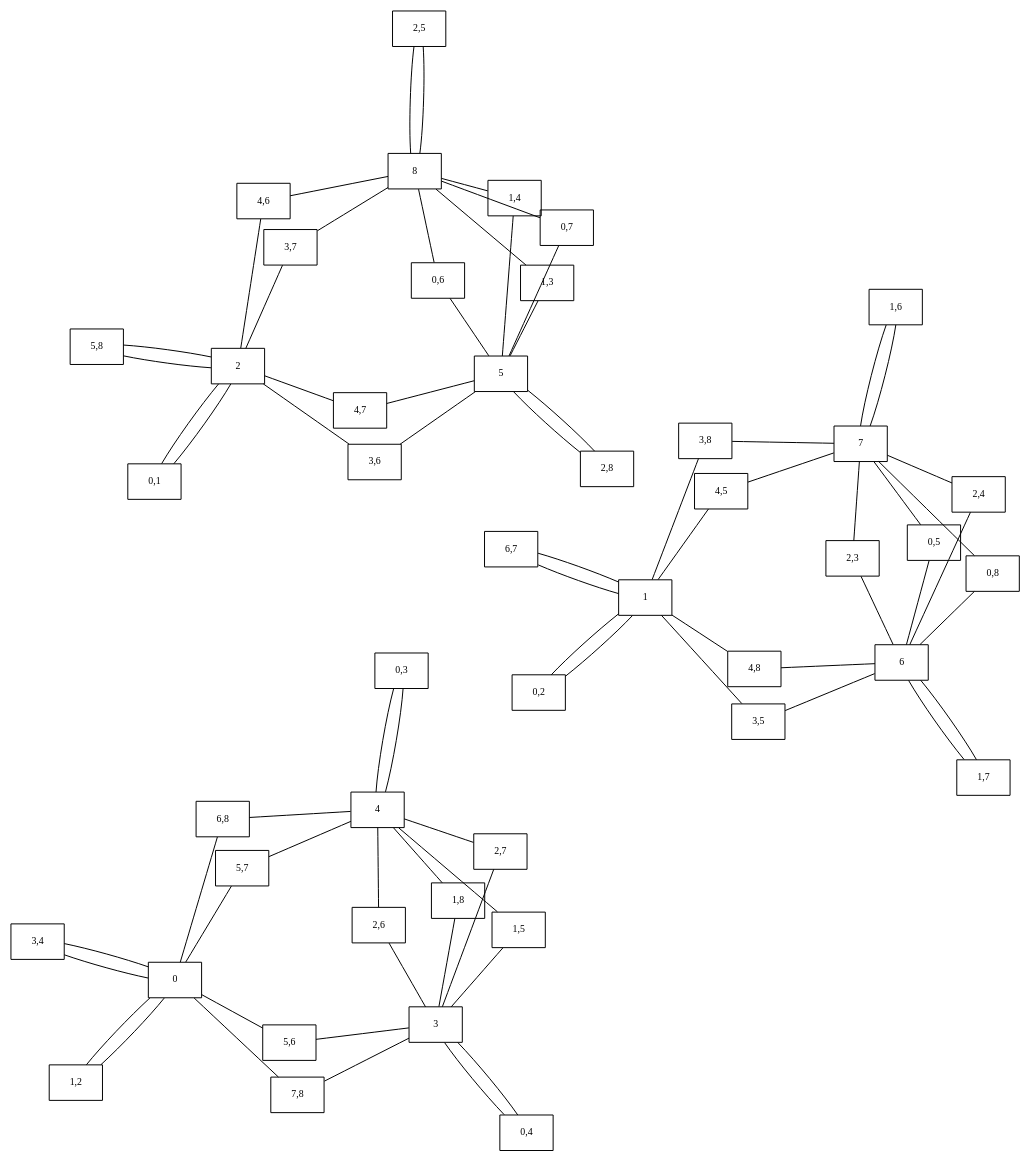
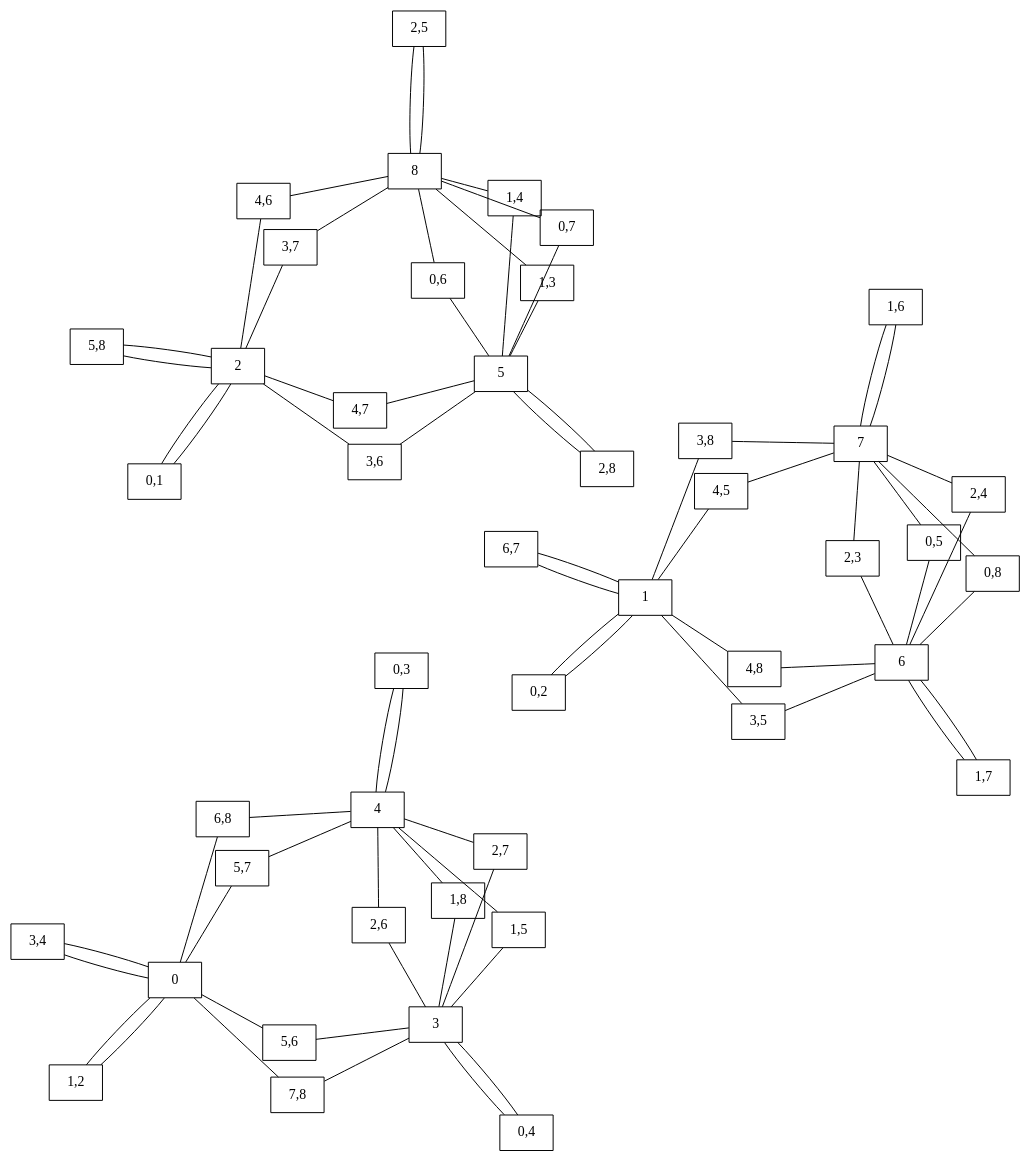
Before and after one commit to rd--/hmt: the diagram in data/dot/tj/oh/tj_oh_p201.4.dot, drawn with Graphviz. The commit also changed 34 other files, not shown here.

```diff
--- a/data/dot/tj/oh/tj_oh_p201.4.dot
+++ b/data/dot/tj/oh/tj_oh_p201.4.dot
@@ -1,123 +1,123 @@
 graph
  g {
-edge [len=1.75];
-graph [splines=false,layout=neato,epsilon=0.000001];
-node [shape=box,fontsize=10,fontname="century schoolbook"];
-0 [label="0"];
+edge [len=1.75]
+graph [splines=false,layout=neato,epsilon=0.000001,fontsize=10,fontname="century schoolbook"]
+node [shape=box]
+0 [label=0];
 1 [label="1,2"];
 2 [label="3,4"];
 3 [label="5,6"];
 4 [label="5,7"];
 5 [label="6,8"];
 6 [label="7,8"];
-7 [label="3"];
+7 [label=3];
 8 [label="0,4"];
 9 [label="1,5"];
 10 [label="1,8"];
 11 [label="2,6"];
 12 [label="2,7"];
-13 [label="4"];
+13 [label=4];
 14 [label="0,3"];
-15 [label="1"];
+15 [label=1];
 16 [label="0,2"];
 17 [label="3,5"];
 18 [label="3,8"];
 19 [label="4,5"];
 20 [label="4,8"];
 21 [label="6,7"];
-22 [label="6"];
+22 [label=6];
 23 [label="0,5"];
 24 [label="0,8"];
 25 [label="1,7"];
 26 [label="2,3"];
 27 [label="2,4"];
-28 [label="7"];
+28 [label=7];
 29 [label="1,6"];
-30 [label="2"];
+30 [label=2];
 31 [label="0,1"];
 32 [label="3,6"];
 33 [label="3,7"];
 34 [label="4,6"];
 35 [label="4,7"];
 36 [label="5,8"];
-37 [label="5"];
+37 [label=5];
 38 [label="0,6"];
 39 [label="0,7"];
 40 [label="1,3"];
 41 [label="1,4"];
 42 [label="2,8"];
-43 [label="8"];
+43 [label=8];
 44 [label="2,5"];
 0 -- 1;
 0 -- 1;
 0 -- 2;
 0 -- 2;
 0 -- 3;
 0 -- 4;
 0 -- 5;
 0 -- 6;
 7 -- 3;
 7 -- 6;
 7 -- 8;
 7 -- 8;
 7 -- 9;
 7 -- 10;
 7 -- 11;
 7 -- 12;
 13 -- 4;
 13 -- 5;
 13 -- 9;
 13 -- 10;
 13 -- 11;
 13 -- 12;
 13 -- 14;
 13 -- 14;
 15 -- 16;
 15 -- 16;
 15 -- 17;
 15 -- 18;
 15 -- 19;
 15 -- 20;
 15 -- 21;
 15 -- 21;
 22 -- 17;
 22 -- 20;
 22 -- 23;
 22 -- 24;
 22 -- 25;
 22 -- 25;
 22 -- 26;
 22 -- 27;
 28 -- 18;
 28 -- 19;
 28 -- 23;
 28 -- 24;
 28 -- 26;
 28 -- 27;
 28 -- 29;
 28 -- 29;
 30 -- 31;
 30 -- 31;
 30 -- 32;
 30 -- 33;
 30 -- 34;
 30 -- 35;
 30 -- 36;
 30 -- 36;
 37 -- 32;
 37 -- 35;
 37 -- 38;
 37 -- 39;
 37 -- 40;
 37 -- 41;
 37 -- 42;
 37 -- 42;
 43 -- 33;
 43 -- 34;
 43 -- 38;
 43 -- 39;
 43 -- 40;
 43 -- 41;
 43 -- 44;
 43 -- 44;
 }
```
